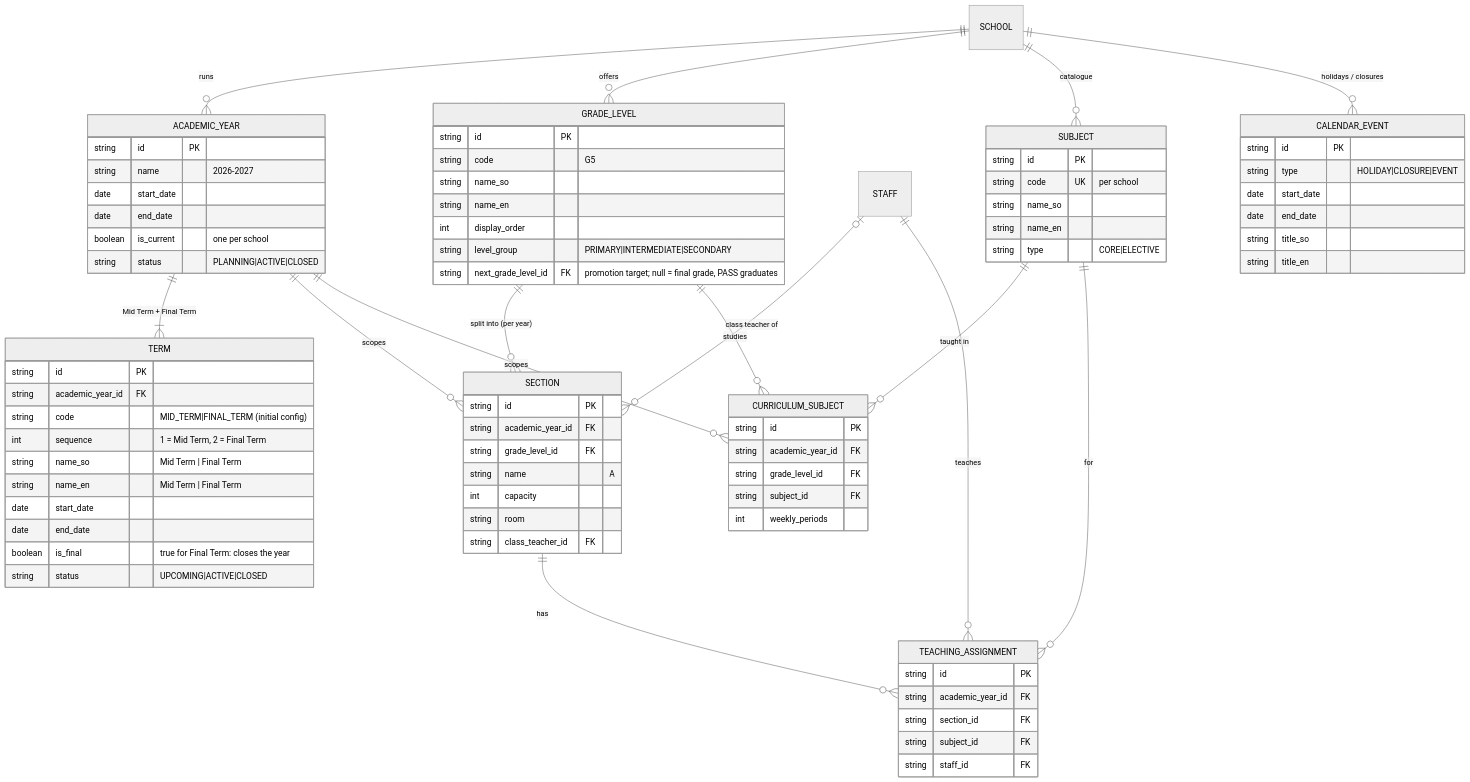
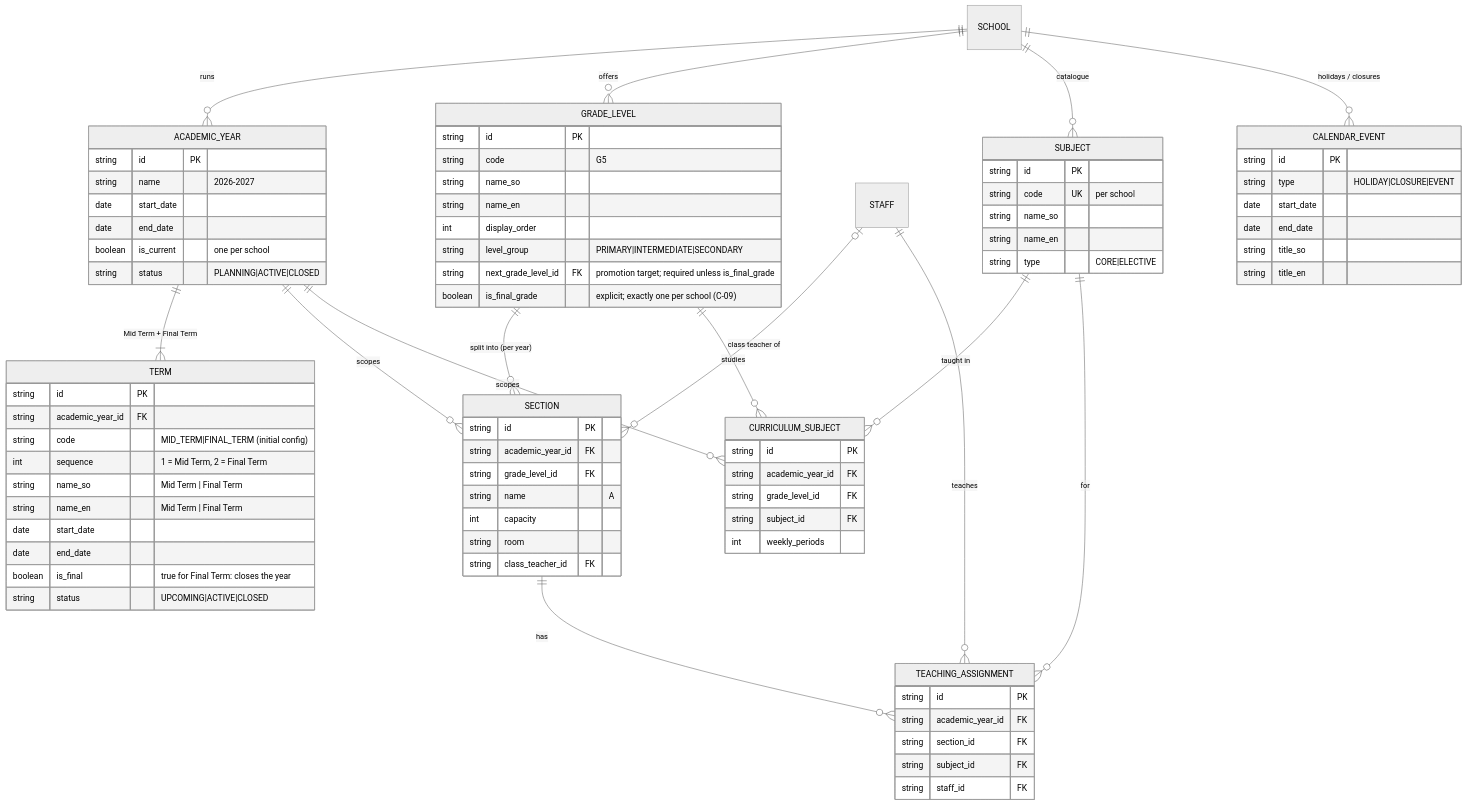
The third of 10 diagrams in docs/phase-1/03-database-erd.md (ismacil87/Gol-khatumo), drawn with Mermaid (neutral theme) before and after one commit. The commit also changed other lines of this file and 7 other files, not shown here.

First line of the commit message:
docs: explicit final-grade configuration and proposed report card layout

```diff
--- a/docs/phase-1/03-database-erd.md
+++ b/docs/phase-1/03-database-erd.md
@@ -177,7 +177,8 @@
     string name_en
     int display_order
     string level_group "PRIMARY|INTERMEDIATE|SECONDARY"
-    string next_grade_level_id FK "promotion target; null = final grade, PASS graduates"
+    string next_grade_level_id FK "promotion target; required unless is_final_grade"
+    boolean is_final_grade "explicit; exactly one per school (C-09)"
   }
   SECTION {
     string id PK
```
